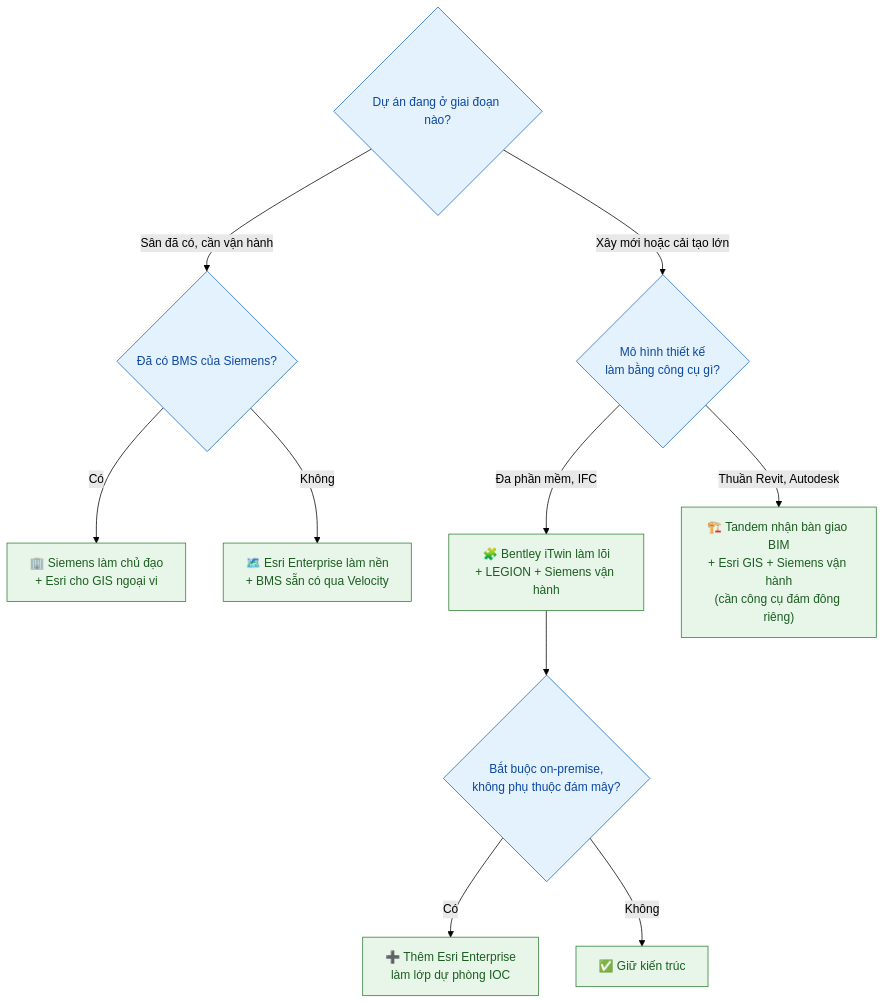
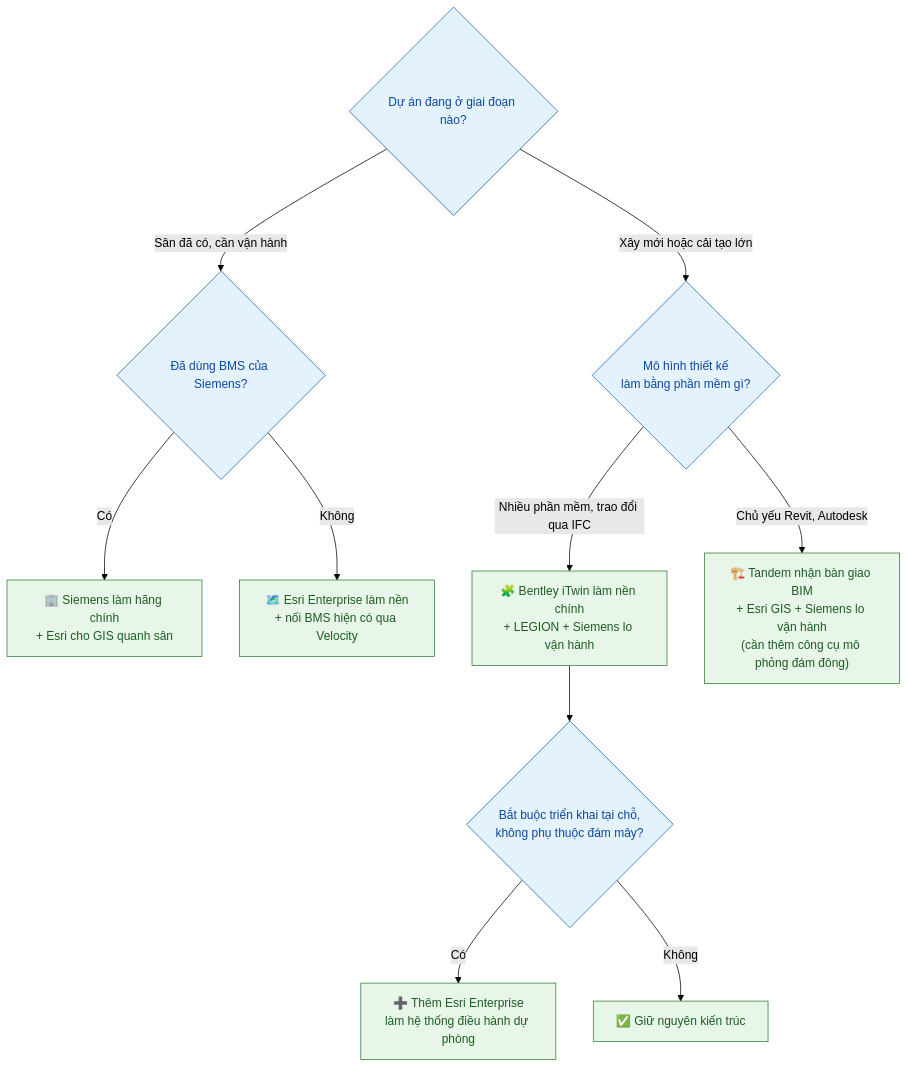
One commit to hoangtrunghieu0025-lab/internship_report changed the ninth of 11 diagrams in bao-cao-benchmark-tong-hop-5-he-sinh-thai.md. Above: the diagram before and after it, drawn with Mermaid (forest theme). The commit also changed other lines of this file, not shown here.

````diff
--- a/bao-cao-benchmark-tong-hop-5-he-sinh-thai.md
+++ b/bao-cao-benchmark-tong-hop-5-he-sinh-thai.md
@@ -362,17 +362,17 @@
 ```mermaid
 flowchart TD
     Q0{"Dự án đang ở giai đoạn nào?"}
-    Q0 -- "Sân đã có, cần vận hành" --> Q1{"Đã có BMS của Siemens?"}
-    Q0 -- "Xây mới hoặc cải tạo lớn" --> Q2{"Mô hình thiết kế<br/>làm bằng công cụ gì?"}
-    Q1 -- "Có" --> R1["🏢 Siemens làm chủ đạo<br/>+ Esri cho GIS ngoại vi"]
-    Q1 -- "Không" --> R2["🗺️ Esri Enterprise làm nền<br/>+ BMS sẵn có qua Velocity"]
-    Q2 -- "Đa phần mềm, IFC" --> R3["🧩 Bentley iTwin làm lõi<br/>+ LEGION + Siemens vận hành"]
-    Q2 -- "Thuần Revit, Autodesk" --> R4["🏗️ Tandem nhận bàn giao BIM<br/>+ Esri GIS + Siemens vận hành<br/>(cần công cụ đám đông riêng)"]
-    R3 --> Q3{"Bắt buộc on-premise,<br/>không phụ thuộc đám mây?"}
-    Q3 -- "Có" --> R5["➕ Thêm Esri Enterprise<br/>làm lớp dự phòng IOC"]
-    Q3 -- "Không" --> R6["✅ Giữ kiến trúc"]
+    Q0 -- "Sân đã có, cần vận hành" --> Q1{"Đã dùng BMS của Siemens?"}
+    Q0 -- "Xây mới hoặc cải tạo lớn" --> Q2{"Mô hình thiết kế<br/>làm bằng phần mềm gì?"}
+    Q1 -- "Có" --> R1["🏢 Siemens làm hãng chính<br/>+ Esri cho GIS quanh sân"]
+    Q1 -- "Không" --> R2["🗺️ Esri Enterprise làm nền<br/>+ nối BMS hiện có qua Velocity"]
+    Q2 -- "Nhiều phần mềm, trao đổi qua IFC" --> R3["🧩 Bentley iTwin làm nền chính<br/>+ LEGION + Siemens lo vận hành"]
+    Q2 -- "Chủ yếu Revit, Autodesk" --> R4["🏗️ Tandem nhận bàn giao BIM<br/>+ Esri GIS + Siemens lo vận hành<br/>(cần thêm công cụ mô phỏng đám đông)"]
+    R3 --> Q3{"Bắt buộc triển khai tại chỗ,<br/>không phụ thuộc đám mây?"}
+    Q3 -- "Có" --> R5["➕ Thêm Esri Enterprise<br/>làm hệ thống điều hành dự phòng"]
+    Q3 -- "Không" --> R6["✅ Giữ nguyên kiến trúc"]
     classDef q fill:#e3f2fd,stroke:#1565c0,color:#0d47a1
     classDef r fill:#e8f5e9,stroke:#2e7d32,color:#1b5e20
     class Q0,Q1,Q2,Q3 q
     class R1,R2,R3,R4,R5,R6 r
 ```
````
